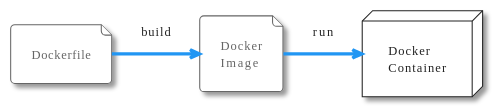
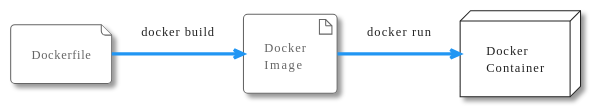
One commit to htl-leonding-college/docker-lecture-notes changed the diagram in asciidocs/dockerfile.adoc. Above: the diagram before and after it, drawn with PlantUML. The commit also changed other lines of this file, not shown here.

Commit message:
change plantuml-diagram

```diff
--- a/asciidocs/dockerfile.adoc
+++ b/asciidocs/dockerfile.adoc
@@ -43,12 +43,12 @@
 [plantuml,build-image,png,theme=sketchy-outline]
 ----
 @startuml
 !theme materia
 file Dockerfile as dockerfile
-file "Docker\nImage" as image
+artifact "Docker\nImage" as image
 node "Docker\nContainer" as container
 
-dockerfile -> image: build
-image -> container: run
+dockerfile -> image: docker build
+image -> container: docker run
 @enduml
 ----
```
